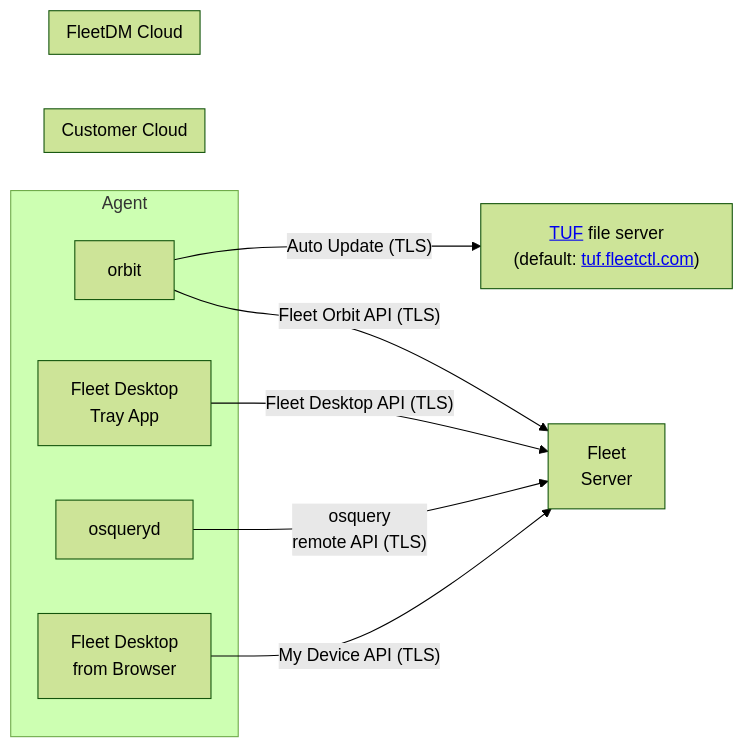
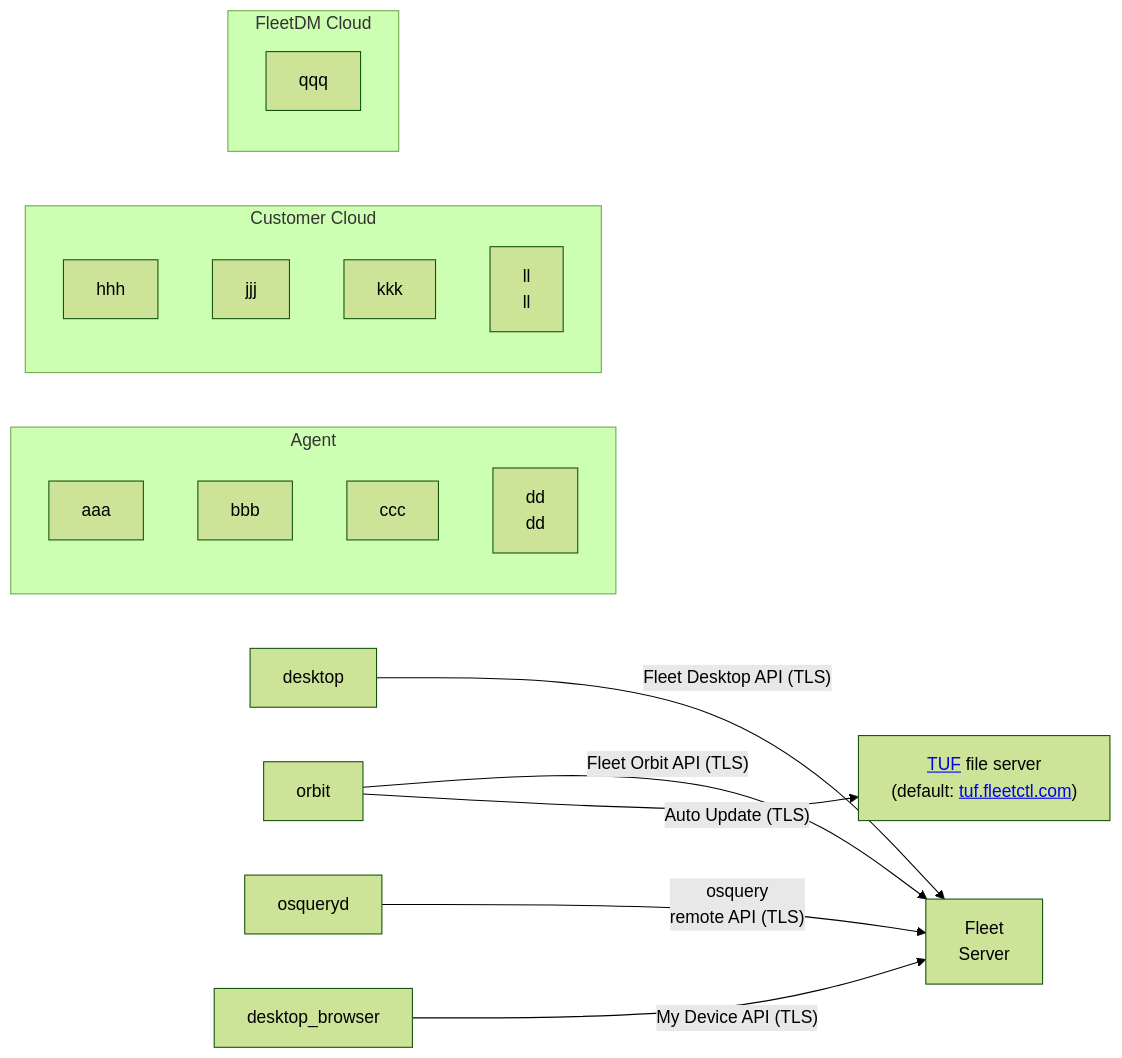
Before and after one commit to fleetdm/fleet: the diagram in docs/Contributing/high-level-architecture.md, drawn with Mermaid (forest theme).

````diff
--- a/docs/Contributing/high-level-architecture.md
+++ b/docs/Contributing/high-level-architecture.md
@@ -12,36 +12,30 @@
 ```mermaid
 graph LR;
     tuf["<a href=https://theupdateframework.io/>TUF</a> file server<br>(default: <a href=https://tuf.fleetctl.com>tuf.fleetctl.com</a>)"];
     fleet_server[Fleet<br>Server];
 
     subgraph Agent
-        orbit[orbit];
-        desktop[Fleet Desktop<br>Tray App];
-        osqueryd[osqueryd];
-
-        desktop_browser[Fleet Desktop<br> from Browser];
+        aaa[aaa];
+        bbb[bbb];
+        ccc[ccc];
+        ddd[dd<br> dd];
     end
 
     subgraph Customer Cloud
-        orbit[orbit];
-        desktop[Fleet Desktop<br>Tray App];
-        osqueryd[osqueryd];
-
-        desktop_browser[Fleet Desktop<br> from Browser];
+        hhh[hhh];
+        jjj[jjj];
+        kkk[kkk];
+        lll[ll<br> ll];
     end
 
     subgraph FleetDM Cloud
-        orbit[orbit];
-        desktop[Fleet Desktop<br>Tray App];
-        osqueryd[osqueryd];
-
-        desktop_browser[Fleet Desktop<br> from Browser];
+        qqq[qqq];
     end
 
     orbit -- "Fleet Orbit API (TLS)" --> fleet_server;
     desktop -- "Fleet Desktop API (TLS)" --> fleet_server;
     osqueryd -- "osquery<br>remote API (TLS)" --> fleet_server;
     desktop_browser -- "My Device API (TLS)" --> fleet_server;
 
     orbit -- "Auto Update (TLS)" --> tuf;
 ```
````
